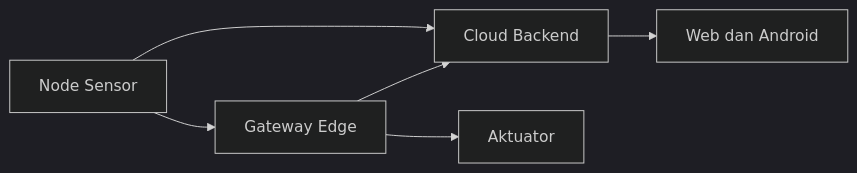
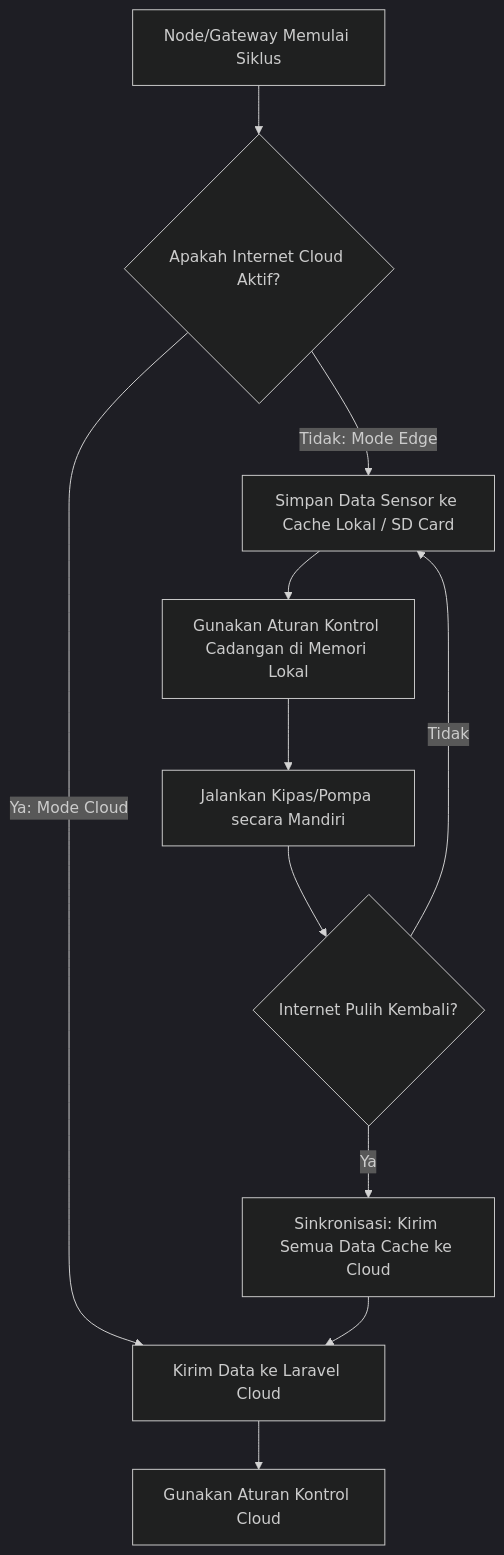
Before and after one commit to dhimasardinata/ta-iot-greenhouse-docs: the diagram in src/content/docs/03-system-foundation/cloud-edge.md, drawn with Mermaid (dark theme). The commit also changed other lines of this file and 30 other files, not shown here.

````diff
--- a/src/content/docs/03-system-foundation/cloud-edge.md
+++ b/src/content/docs/03-system-foundation/cloud-edge.md
@@ -40,8 +36,15 @@
 ```mermaid
-flowchart LR
-    N[Node Sensor] --> G[Gateway Edge]
-    N --> C[Cloud Backend]
-    G --> C
-    G --> A[Aktuator]
-    C --> W[Web dan Android]
+flowchart TD
+    A[Node/Gateway Memulai Siklus] --> B{Apakah Internet Cloud Aktif?}
+    B -->|Ya: Mode Cloud| C[Kirim Data ke Laravel Cloud]
+    C --> D[Gunakan Aturan Kontrol Cloud]
+
+    B -->|Tidak: Mode Edge| E[Simpan Data Sensor ke Cache Lokal / SD Card]
+    E --> F[Gunakan Aturan Kontrol Cadangan di Memori Lokal]
+    F --> G[Jalankan Kipas/Pompa secara Mandiri]
+
+    G --> H{Internet Pulih Kembali?}
+    H -->|Ya| I[Sinkronisasi: Kirim Semua Data Cache ke Cloud]
+    I --> C
+    H -->|Tidak| E
 ```
````
